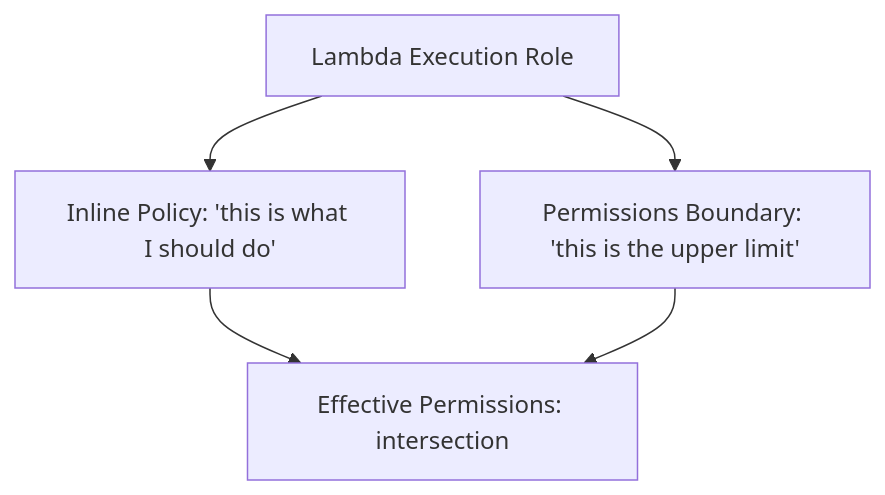
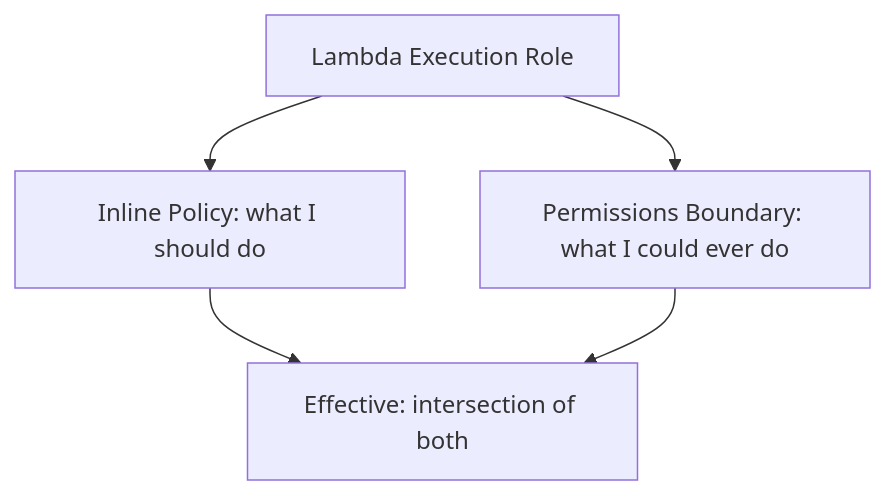
One commit to akhiljoe/razorpay-payment-integration changed the fifth of 8 diagrams in designs/MIGRATION_WRITEUP.md. Above: the diagram before and after it, drawn with Mermaid. The commit also changed other lines of this file and 3 other files, not shown here.

````diff
--- a/designs/MIGRATION_WRITEUP.md
+++ b/designs/MIGRATION_WRITEUP.md
@@ -555,9 +373,8 @@
 ```mermaid
 flowchart TB
     Role[Lambda Execution Role]
-    Inline[Inline Policy: 'this is what I should do']
-    Boundary[Permissions Boundary: 'this is the upper limit']
-    Effective[Effective Permissions: intersection]
-
+    Inline[Inline Policy: what I should do]
+    Boundary[Permissions Boundary: what I could ever do]
+    Effective[Effective: intersection of both]
     Role --> Inline & Boundary --> Effective
 ```
````
